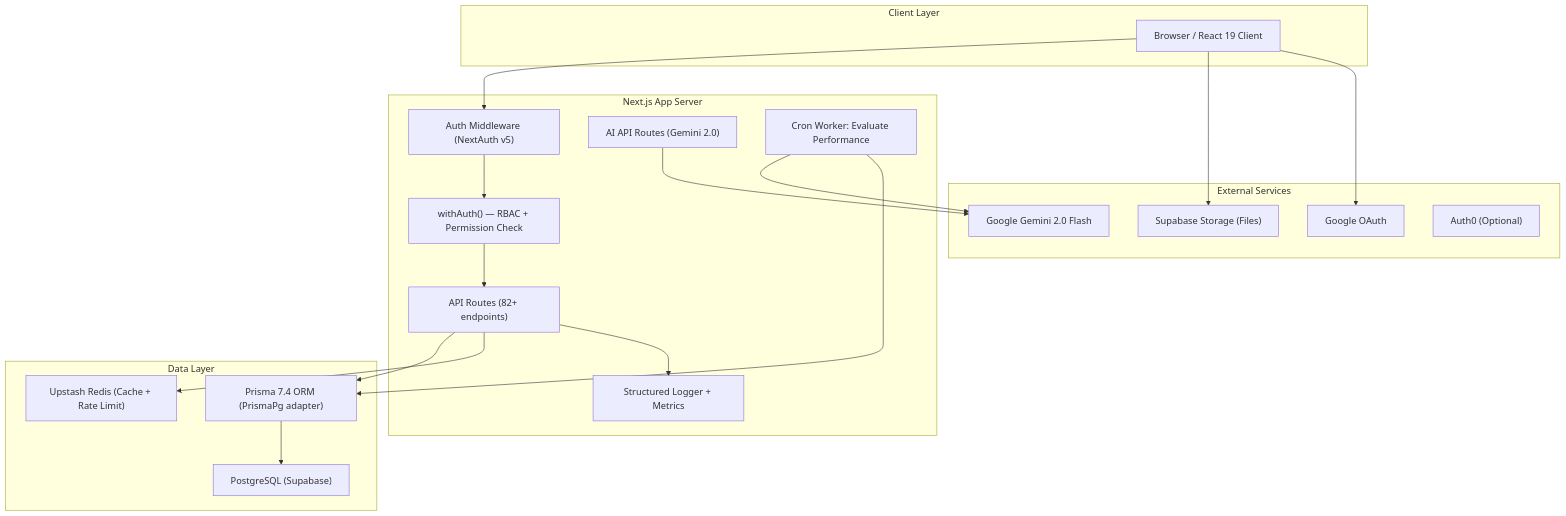
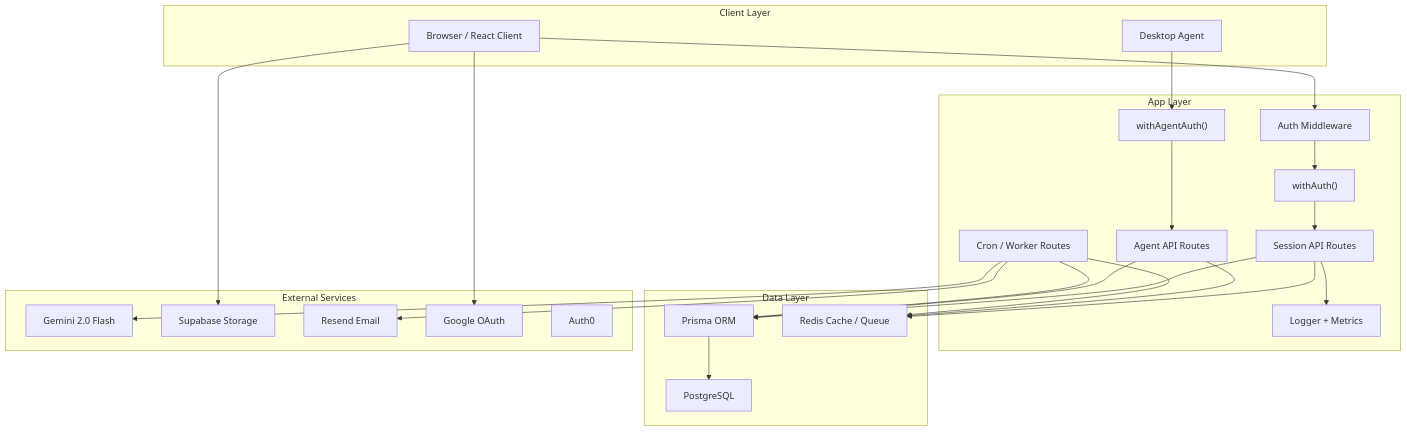
One commit to SourceOne9/Sourceone_hrms changed the diagram in SYSTEM_ARCHITECTURE.md. Above: the diagram before and after it, drawn with Mermaid. The commit also changed other lines of this file and 46 other files, not shown here.

````diff
--- a/SYSTEM_ARCHITECTURE.md
+++ b/SYSTEM_ARCHITECTURE.md
@@ -11,41 +11,49 @@
 ```mermaid
 graph TB
     subgraph Client Layer
-        Browser["Browser / React 19 Client"]
+        Browser["Browser / React Client"]
+        DesktopAgent["Desktop Agent"]
     end
 
-    subgraph Next.js App Server
-        Middleware["Auth Middleware (NextAuth v5)"]
-        WithAuth["withAuth() — RBAC + Permission Check"]
-        APIRoutes["API Routes (82+ endpoints)"]
-        AIRoutes["AI API Routes (Gemini 2.0)"]
-        CronAgent["Cron Worker: Evaluate Performance"]
-        Logger["Structured Logger + Metrics"]
+    subgraph App Layer
+        Middleware["Auth Middleware"]
+        WithAuth["withAuth()"]
+        AgentAuth["withAgentAuth()"]
+        APIRoutes["Session API Routes"]
+        AgentRoutes["Agent API Routes"]
+        CronWorkers["Cron / Worker Routes"]
+        Logger["Logger + Metrics"]
     end
 
     subgraph Data Layer
-        Prisma["Prisma 7.4 ORM (PrismaPg adapter)"]
-        PostgreSQL["PostgreSQL (Supabase)"]
-        Redis["Upstash Redis (Cache + Rate Limit)"]
+        Prisma["Prisma ORM"]
+        PostgreSQL["PostgreSQL"]
+        Redis["Redis Cache / Queue"]
     end
 
     subgraph External Services
-        Gemini["Google Gemini 2.0 Flash"]
-        Supabase["Supabase Storage (Files)"]
+        Gemini["Gemini 2.0 Flash"]
+        Supabase["Supabase Storage"]
+        Resend["Resend Email"]
         Google["Google OAuth"]
-        Auth0["Auth0 (Optional)"]
+        Auth0["Auth0"]
     end
 
     Browser --> Middleware
     Middleware --> WithAuth
     WithAuth --> APIRoutes
+    DesktopAgent --> AgentAuth
+    AgentAuth --> AgentRoutes
     APIRoutes --> Prisma
     APIRoutes --> Redis
     APIRoutes --> Logger
-    AIRoutes --> Gemini
-    CronAgent --> Gemini
-    CronAgent --> Prisma
+    AgentRoutes --> Prisma
+    AgentRoutes --> Redis
+    CronWorkers --> Prisma
+    CronWorkers --> Redis
+    CronWorkers --> Gemini
+    CronWorkers --> Resend
     Prisma --> PostgreSQL
     Browser --> Supabase
     Browser --> Google
 ```
````
